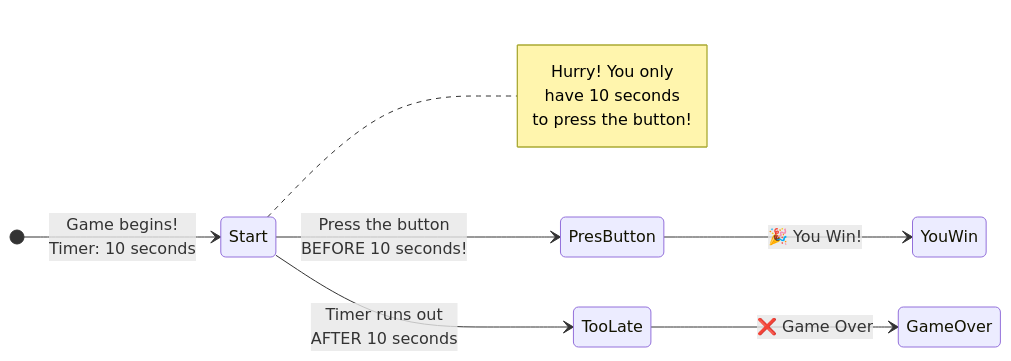
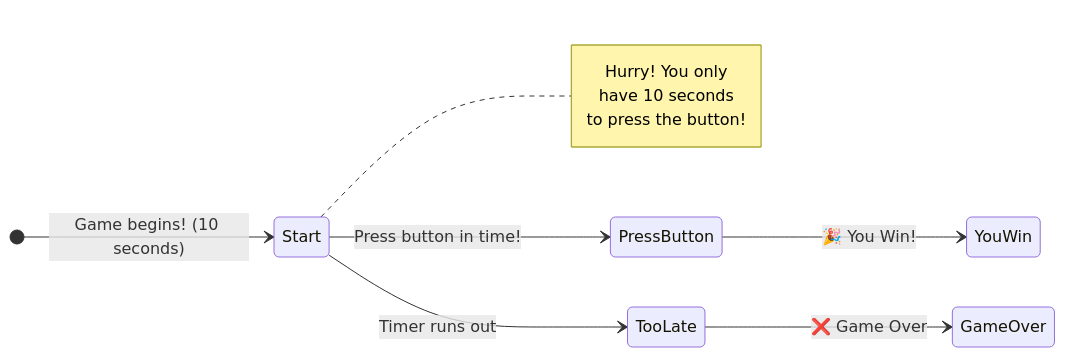
Before and after one commit to bhi5hmaraj/ai-risk-ttx: the third of 6 diagrams in research/ai_futures/eli/5_years_old.md, drawn with Mermaid. The commit also changed other lines of this file and 8 other files, not shown here.

First line of the commit message:
fix: Remove all <br/> tags from Mermaid diagrams and add validation

````diff
--- a/research/ai_futures/eli/5_years_old.md
+++ b/research/ai_futures/eli/5_years_old.md
@@ -92,18 +92,18 @@
 ```mermaid
 stateDiagram-v2
     direction LR
 
-    [*] --> Start: Game begins!<br/>Timer: 10 seconds
+    [*] --> Start: Game begins! (10 seconds)
 
-    Start --> PresButton: Press the button<br/>BEFORE 10 seconds!
-    Start --> TooLate: Timer runs out<br/>AFTER 10 seconds
+    Start --> PressButton: Press button in time!
+    Start --> TooLate: Timer runs out
 
-    PresButton --> YouWin: 🎉 You Win!
+    PressButton --> YouWin: 🎉 You Win!
     TooLate --> GameOver: ❌ Game Over
 
     note right of Start
         Hurry! You only
         have 10 seconds
         to press the button!
     end note
 ```
````
